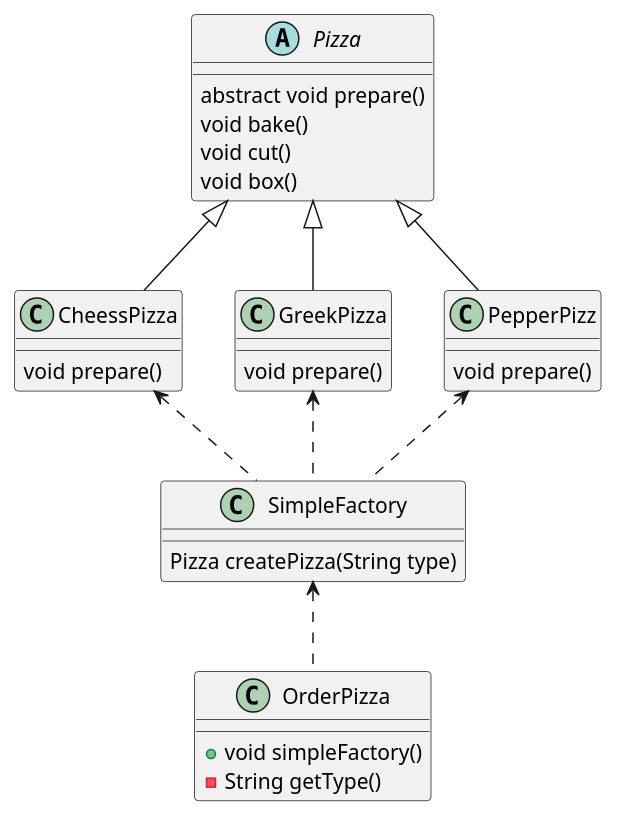
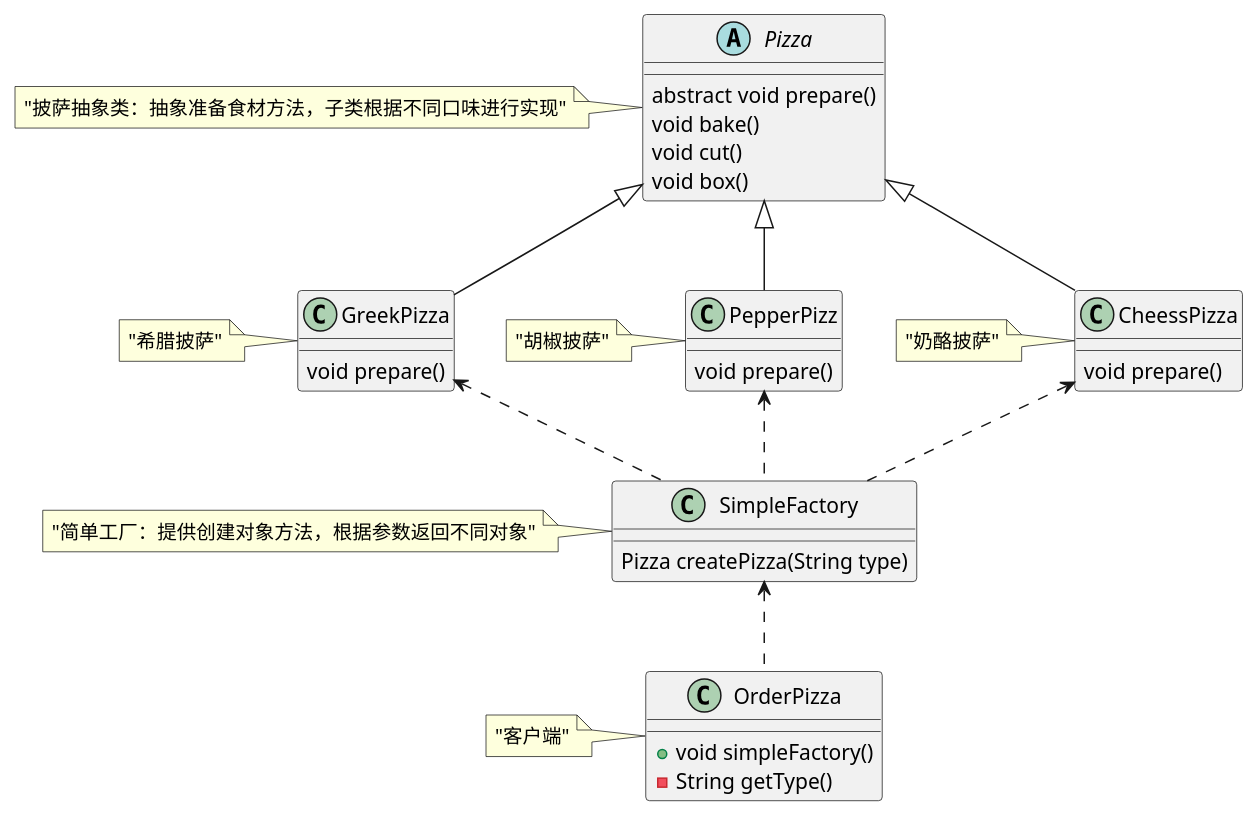
The diagram in docs/设计模式/工厂模式/UML/简单工厂模式.puml (en-hui/en-hui), drawn with PlantUML before and after one commit. The commit also changed 8 other files, not shown here.

```diff
--- a/docs/设计模式/工厂模式/UML/简单工厂模式.puml
+++ b/docs/设计模式/工厂模式/UML/简单工厂模式.puml
@@ -1,35 +1,40 @@
 @startuml
 
 abstract class Pizza{
     abstract void prepare()
     void bake()
     void cut()
     void box()
 }
 class CheessPizza{
     void prepare()
 }
 class GreekPizza{
     void prepare()
 }
 class PepperPizz{
     void prepare()
 }
 class SimpleFactory{
     Pizza createPizza(String type)
 }
 class OrderPizza{
     + void simpleFactory()
     - String getType()
 }
 Pizza <|-- CheessPizza
 Pizza <|-- GreekPizza
 Pizza <|-- PepperPizz
 
 CheessPizza <.. SimpleFactory
 GreekPizza <.. SimpleFactory
 PepperPizz <.. SimpleFactory
 
 SimpleFactory <.. OrderPizza
-
+note left of Pizza : "披萨抽象类：抽象准备食材方法，子类根据不同口味进行实现"
+note left of CheessPizza : "奶酪披萨"
+note left of GreekPizza : "希腊披萨"
+note left of PepperPizz : "胡椒披萨"
+note left of SimpleFactory : "简单工厂：提供创建对象方法，根据参数返回不同对象"
+note left of OrderPizza : "客户端"
 @enduml
```
